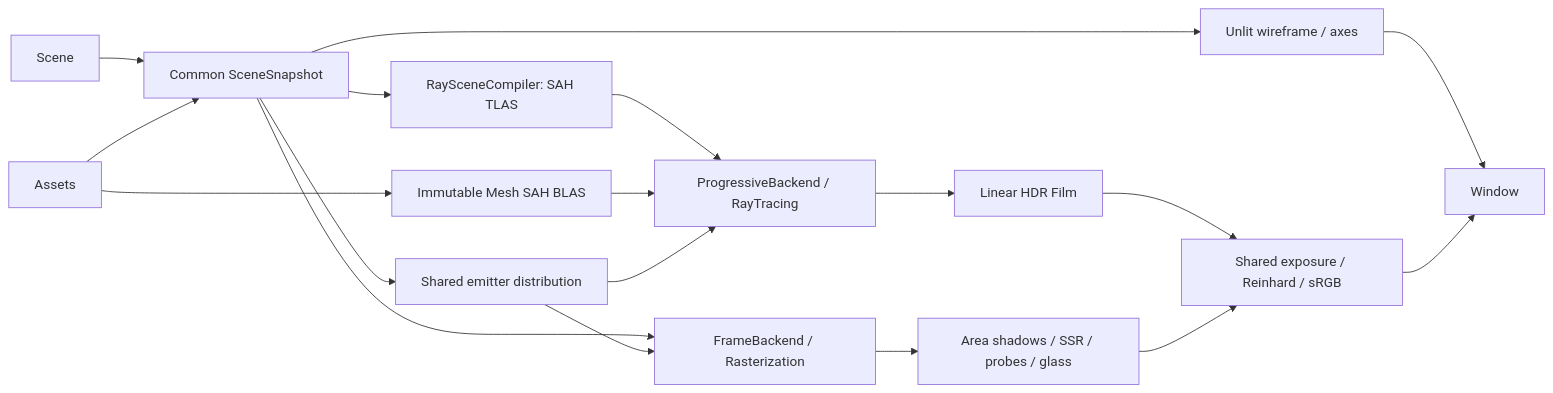
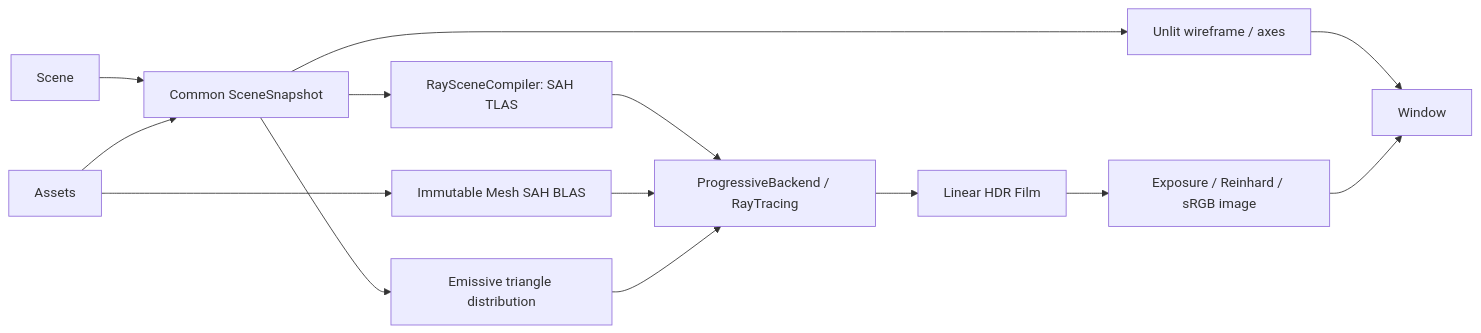
Before and after one commit to SouPuppy/Jade: the diagram in docs/Architecture.md, drawn with Mermaid. The commit also changed other lines of this file and 71 other files, not shown here.

````diff
--- a/docs/Architecture.md
+++ b/docs/Architecture.md
@@ -7,20 +7,16 @@
 ```mermaid
 flowchart LR
   Scene --> Snapshot[Common SceneSnapshot]
   Assets --> Snapshot
-  Snapshot --> Emitters[Shared emitter distribution]
+  Snapshot --> Emitters[Emissive triangle distribution]
   Snapshot --> Compiler[RaySceneCompiler: SAH TLAS]
   Assets --> BLAS[Immutable Mesh SAH BLAS]
   Compiler --> Ray[ProgressiveBackend / RayTracing]
   BLAS --> Ray
   Emitters --> Ray
   Ray --> Film[Linear HDR Film]
-  Snapshot --> Raster[FrameBackend / Rasterization]
-  Emitters --> Raster
-  Raster --> GPU[Area shadows / SSR / probes / glass]
-  Film --> Display[Shared exposure / Reinhard / sRGB]
-  GPU --> Display
+  Film --> Display[Exposure / Reinhard / sRGB image]
   Snapshot --> Debug[Unlit wireframe / axes]
   Debug --> Window
   Display --> Window
 ```
````
